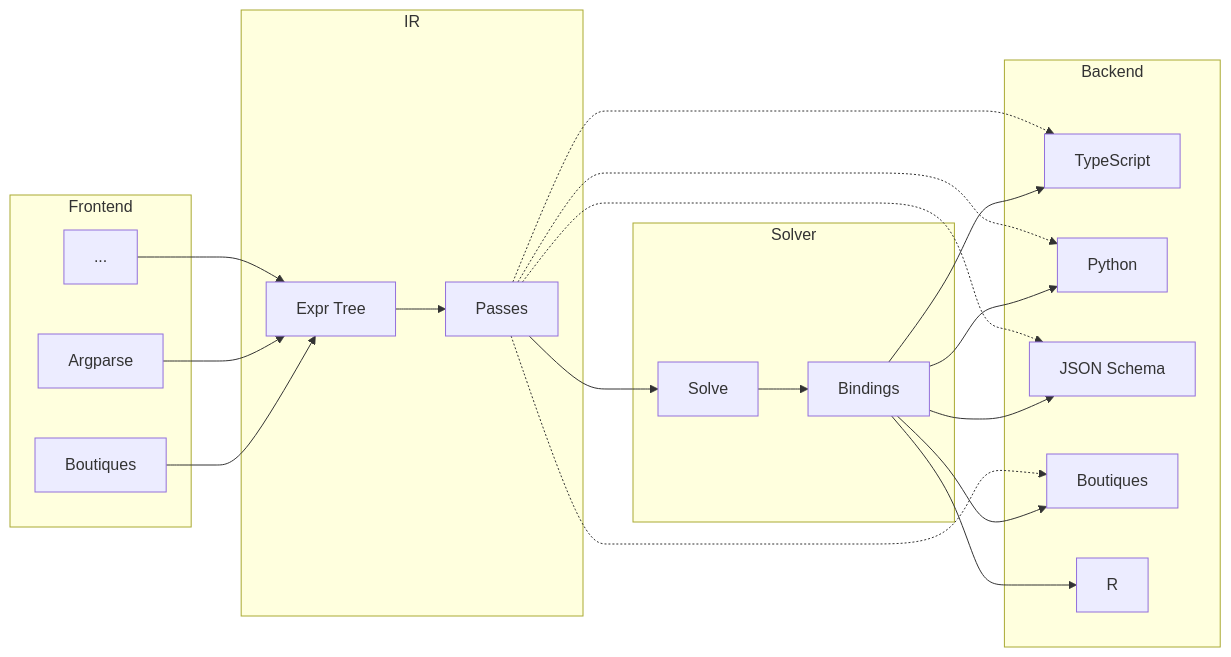
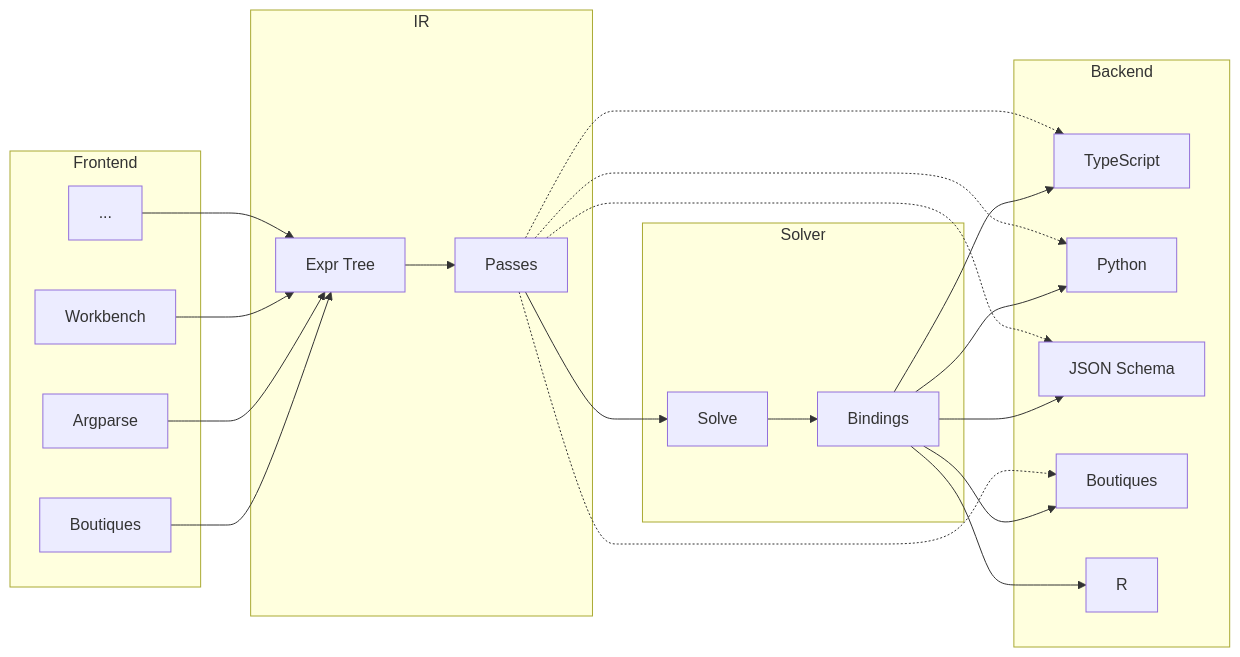
One commit to styx-api/styx changed the diagram in ARCHITECTURE.md. Above: the diagram before and after it, drawn with Mermaid. The commit also changed other lines of this file, not shown here.

First line of the commit message:
docs: refresh frontend list + shipped-feature status in ARCHITECTURE

````diff
--- a/ARCHITECTURE.md
+++ b/ARCHITECTURE.md
@@ -7,32 +7,33 @@
 ```mermaid
 flowchart LR
     subgraph Frontend
         F1[Boutiques]
         F2[Argparse]
-        F3[...]
+        F3[Workbench]
+        F4[...]
     end
 
     subgraph IR
         IR1[Expr Tree]
         IR2[Passes]
     end
 
     subgraph Solver
         S1[Solve]
         S2[Bindings]
     end
 
     subgraph Backend
         B1[TypeScript]
         B2[Python]
         B3[JSON Schema]
         B4[Boutiques]
         B5[R]
     end
 
-    F1 & F2 & F3 --> IR1
+    F1 & F2 & F3 & F4 --> IR1
     IR1 --> IR2 --> S1 --> S2
 
     S2 --> B1 & B2 & B3 & B4 & B5
     IR2 -.-> B1 & B2 & B3 & B4
 ```
````
